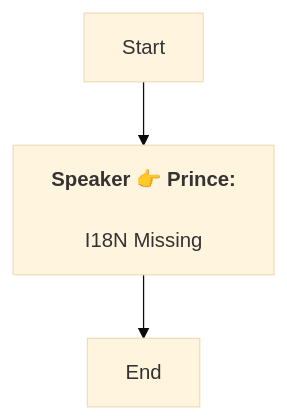
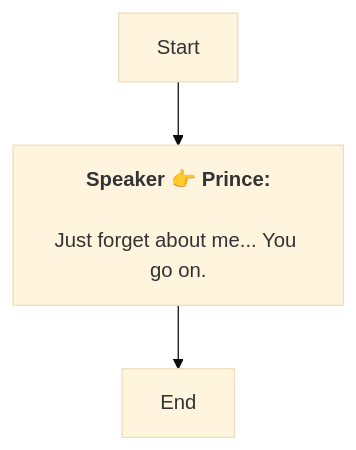
Before and after one commit to SoftHu/tos_avg: the diagram in En/AddDialogNode_1756587804491308.md, drawn with Mermaid (base theme). The commit also changed 199 other files, not shown here.

````diff
--- a/En/AddDialogNode_1756587804491308.md
+++ b/En/AddDialogNode_1756587804491308.md
@@ -1,8 +1,8 @@
 ```mermaid
 graph
 Start -->1756592167693871[<b>Speaker 👉 Prince:</b>
 
-I18N Missing]
+Just forget about me... You go on.]
 1756592167693871 -->1756592201024048[End]
 
  ```
````
